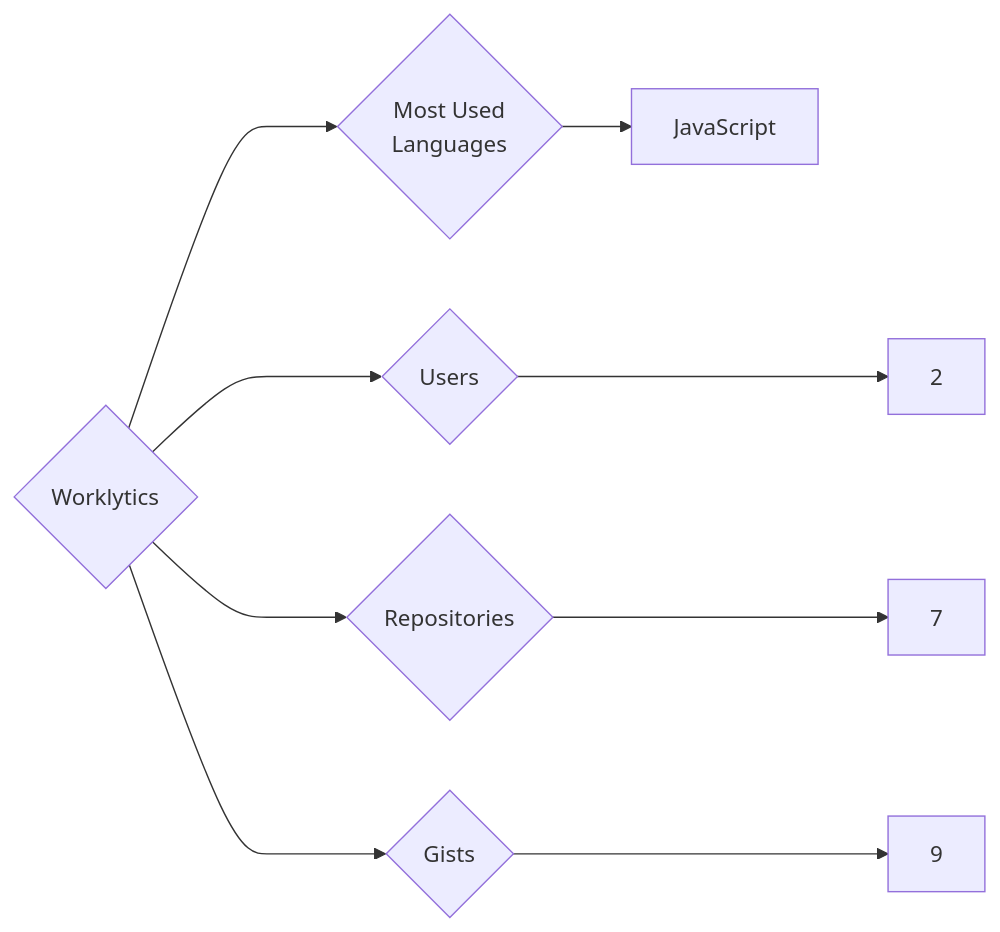
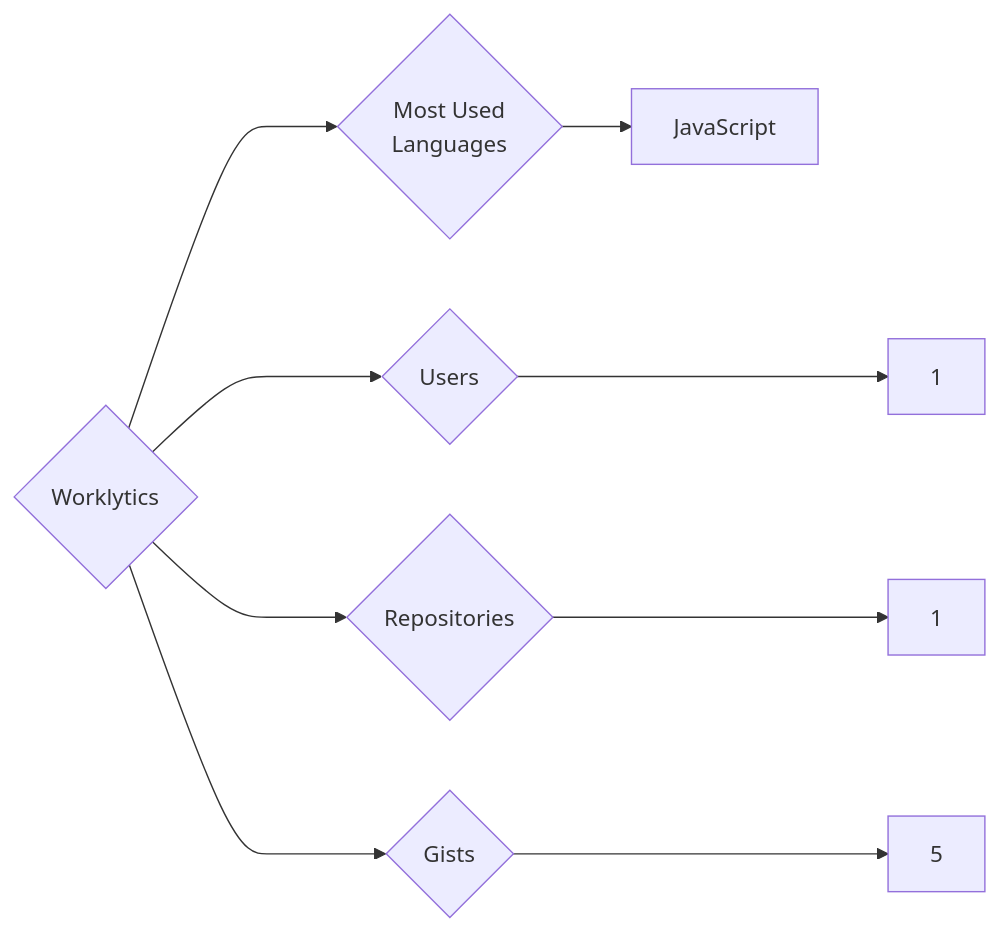
One commit to trickest/insiders changed the diagram in targets/Worklytics/README.md. Above: the diagram before and after it, drawn with Mermaid. The commit also changed 965 other files, not shown here.

````diff
--- a/targets/Worklytics/README.md
+++ b/targets/Worklytics/README.md
@@ -3,9 +3,9 @@
 ```mermaid
 graph LR
 COMPANY_NAME{Worklytics}
-COMPANY_NAME ---> U{Users} ---> UN[2]
-COMPANY_NAME ---> R{Repositories} ---> RN[7]
-COMPANY_NAME ---> G{Gists} ---> GN[9]
+COMPANY_NAME ---> U{Users} ---> UN[1]
+COMPANY_NAME ---> R{Repositories} ---> RN[1]
+COMPANY_NAME ---> G{Gists} ---> GN[5]
 COMPANY_NAME ---> ML{Most Used<br>Languages}
 ML --> JavaScript[JavaScript]
 ```
````
